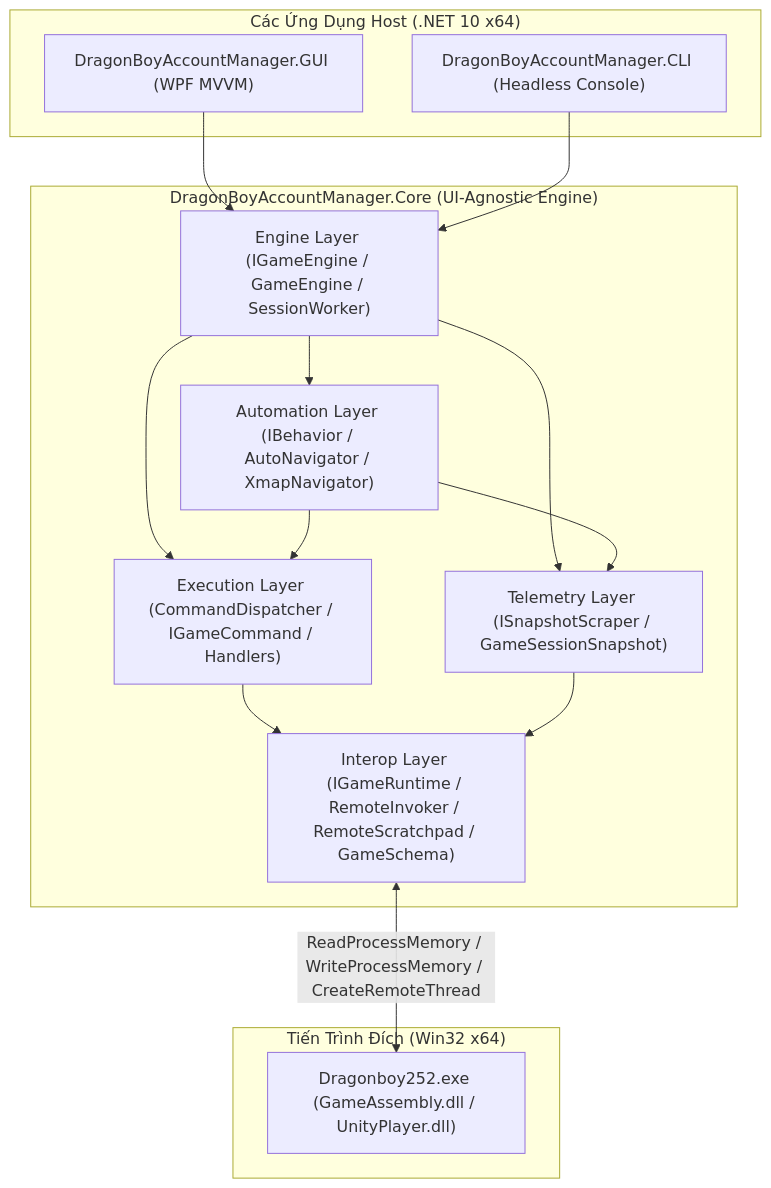
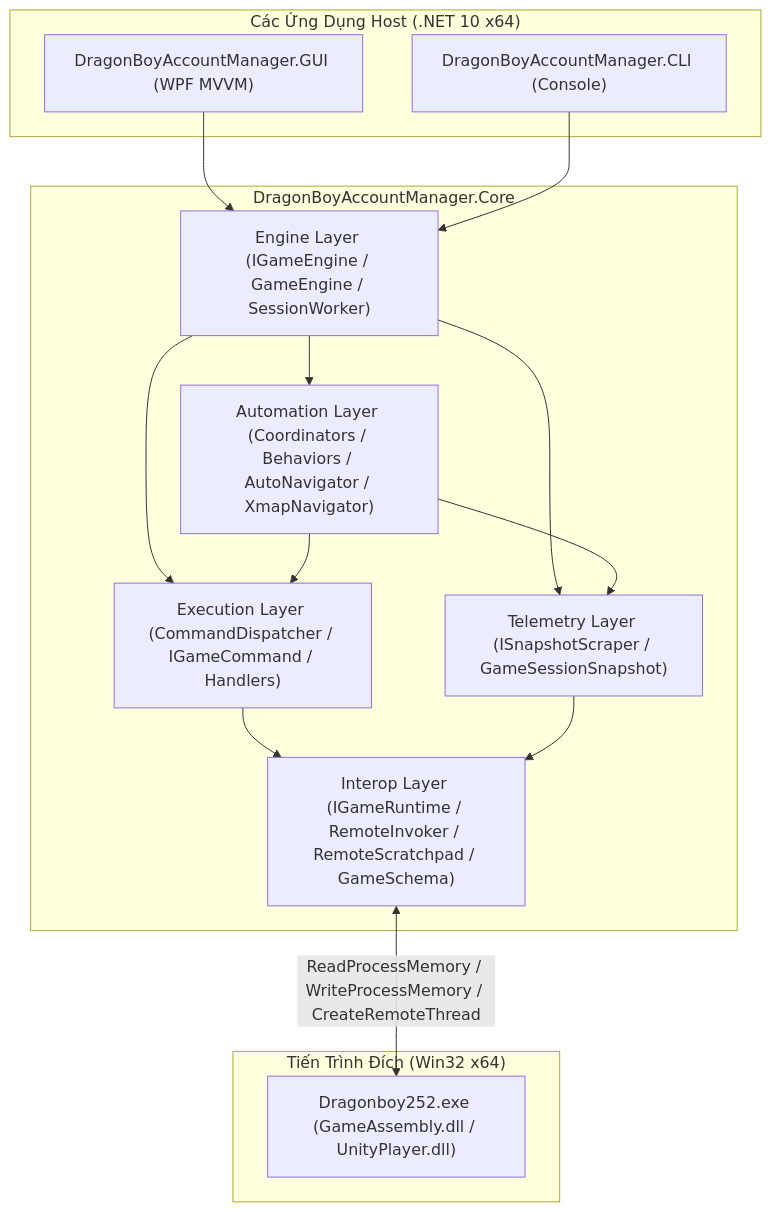
Before and after one commit to GunDx2k4/DragonBoyAccountManager: the diagram in docs/README.md, drawn with Mermaid. The commit also changed other lines of this file and 28 other files, not shown here.

First line of the commit message:
feat(automation): refactor coordinators, thin behaviors, and decompose viewmodel

````diff
--- a/docs/README.md
+++ b/docs/README.md
@@ -22,31 +22,31 @@
 ```mermaid
 flowchart TD
     subgraph Hosts["Các Ứng Dụng Host (.NET 10 x64)"]
         GUI["DragonBoyAccountManager.GUI (WPF MVVM)"]
-        CLI["DragonBoyAccountManager.CLI (Headless Console)"]
+        CLI["DragonBoyAccountManager.CLI (Console)"]
     end
 
-    subgraph Core["DragonBoyAccountManager.Core (UI-Agnostic Engine)"]
+    subgraph Core["DragonBoyAccountManager.Core"]
         Engine["Engine Layer (IGameEngine / GameEngine / SessionWorker)"]
-        Automation["Automation Layer (IBehavior<TOptions> / AutoNavigator / XmapNavigator)"]
+        Automation["Automation Layer (Coordinators / Behaviors / AutoNavigator / XmapNavigator)"]
         Execution["Execution Layer (CommandDispatcher / IGameCommand / Handlers)"]
         Telemetry["Telemetry Layer (ISnapshotScraper<TSnapshot> / GameSessionSnapshot)"]
         Interop["Interop Layer (IGameRuntime / RemoteInvoker / RemoteScratchpad / GameSchema)"]
     end
 
     subgraph Target["Tiến Trình Đích (Win32 x64)"]
         Unity["Dragonboy252.exe (GameAssembly.dll / UnityPlayer.dll)"]
     end
 
     GUI --> Engine
     CLI --> Engine
 
     Engine --> Automation
     Engine --> Execution
     Engine --> Telemetry
     Automation --> Execution
     Automation --> Telemetry
     Execution --> Interop
     Telemetry --> Interop
     Interop <-->|"ReadProcessMemory / WriteProcessMemory / CreateRemoteThread"| Unity
 ```
````
